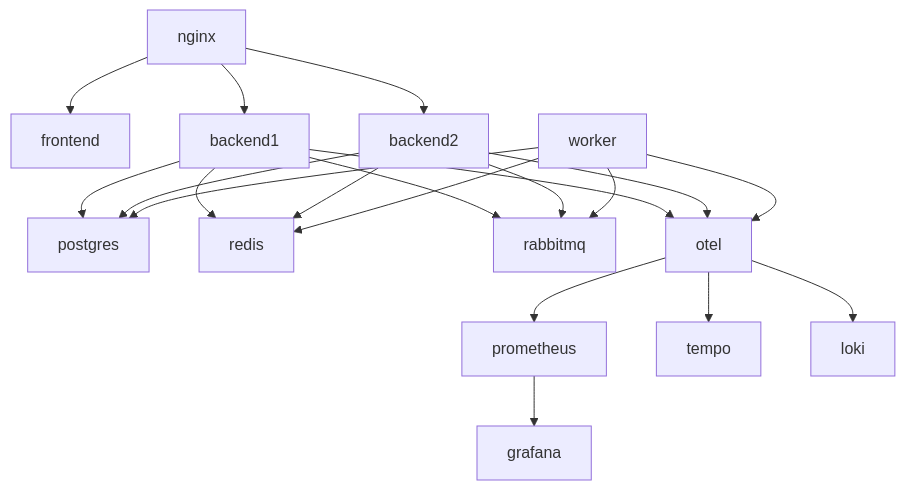
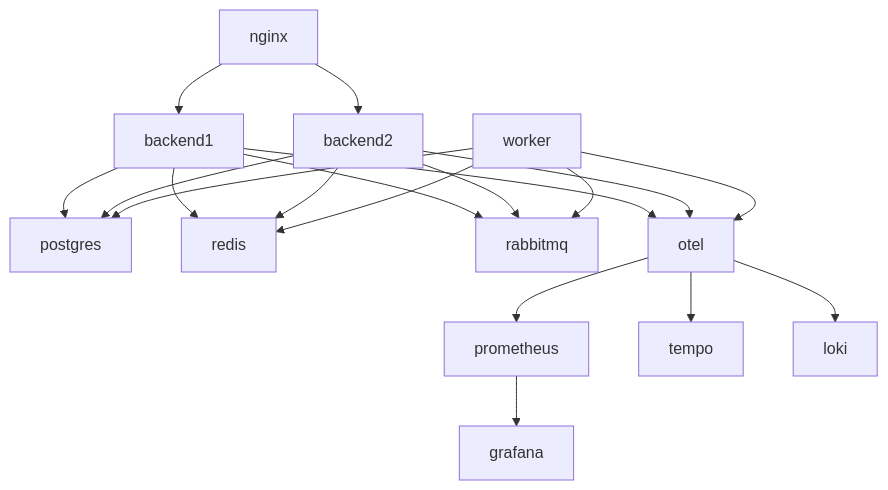
One commit to KomilPulatov/courseflow-platform changed the diagram in docs/09-deployment.md. Above: the diagram before and after it, drawn with Mermaid. The commit also changed other lines of this file and 51 other files, not shown here.

````diff
--- a/docs/09-deployment.md
+++ b/docs/09-deployment.md
@@ -54,27 +53,26 @@
 ```mermaid
 flowchart TD
-    nginx --> frontend
     nginx --> backend1
     nginx --> backend2
 
     backend1 --> postgres
     backend2 --> postgres
 
     backend1 --> redis
     backend2 --> redis
 
     backend1 --> rabbitmq
     backend2 --> rabbitmq
     worker --> rabbitmq
     worker --> postgres
     worker --> redis
 
     backend1 --> otel
     backend2 --> otel
     worker --> otel
 
     otel --> prometheus
     prometheus --> grafana
     otel --> tempo
     otel --> loki
 ```
````
